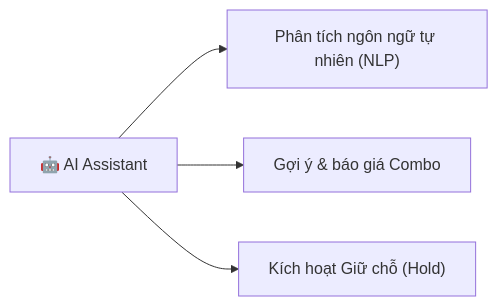
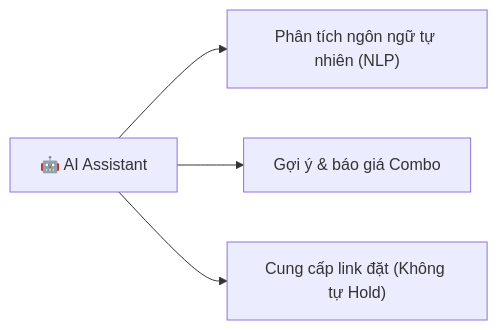
Before and after one commit to thanh-16/B2B_Tour: the ninth of 36 diagrams in docs/actor and usecase/actors.md, drawn with Mermaid. The commit also changed other lines of this file and 3 other files, not shown here.

````diff
--- a/docs/actor and usecase/actors.md
+++ b/docs/actor and usecase/actors.md
@@ -330,8 +331,8 @@
 ```mermaid
 graph LR
     AI_AST["🤖 AI Assistant"]
 
     AI_AST --> UC_NLP["Phân tích ngôn ngữ tự nhiên (NLP)"]
     AI_AST --> UC_VAL["Gợi ý & báo giá Combo"]
-    AI_AST --> UC_AUTO_HOLD["Kích hoạt Giữ chỗ (Hold)"]
+    AI_AST --> UC_PROVIDE_LINK["Cung cấp link đặt (Không tự Hold)"]
 ```
````
